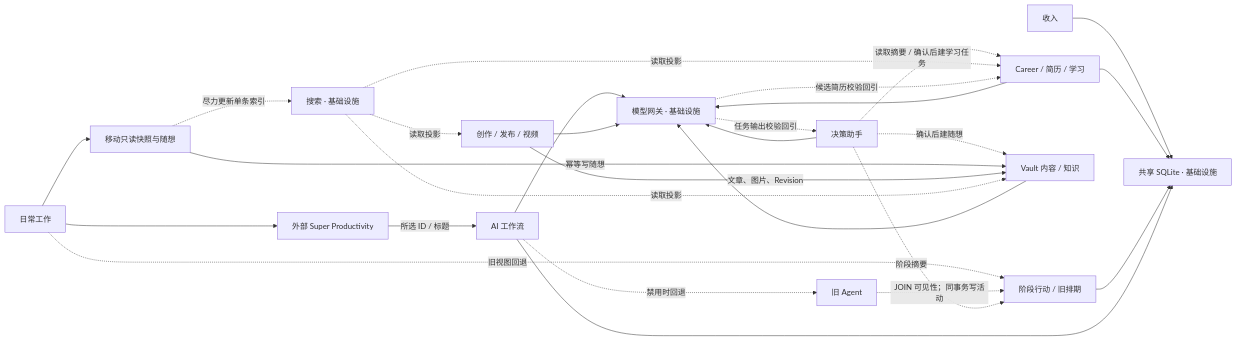
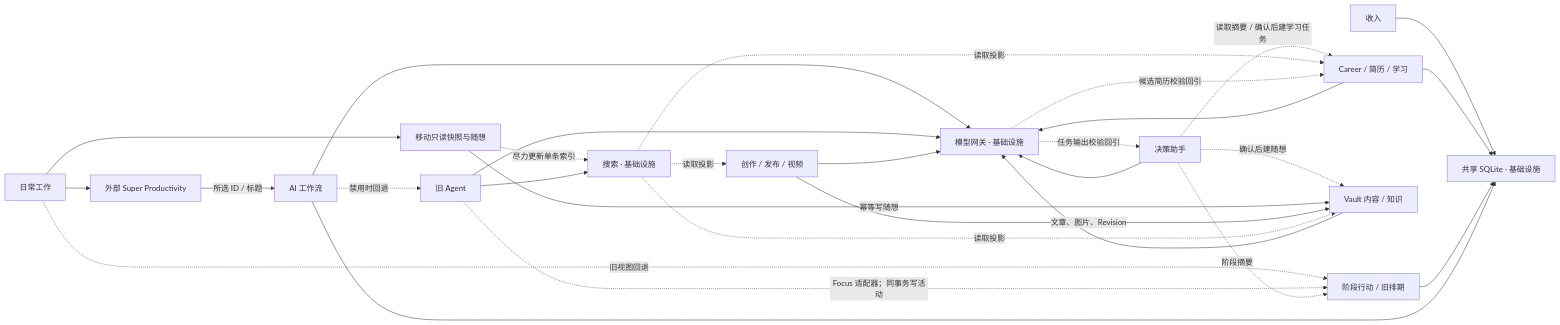
One commit to lemon-neko/personal-creative-workspace changed the second of 3 diagrams in docs/architecture/dependency-map.md. Above: the diagram before and after it, drawn with Mermaid. The commit also changed other lines of this file and 135 other files, not shown here.

````diff
--- a/docs/architecture/dependency-map.md
+++ b/docs/architecture/dependency-map.md
@@ -41,29 +44,31 @@
 ```mermaid
 flowchart LR
     Daily["日常工作"] --> SP["外部 Super Productivity"]
     Daily -. "旧视图回退" .-> Focus["阶段行动 / 旧排期"]
     Daily --> Mobile["移动只读快照与随想"]
     SP -->|"所选 ID / 标题"| Workflow["AI 工作流"]
     Workflow -. "禁用时回退" .-> Legacy["旧 Agent"]
-    Legacy -. "JOIN 可见性；同事务写活动" .-> Focus
+    Legacy -. "Focus 适配器；同事务写活动" .-> Focus
     Assistant["决策助手"] -. "读取摘要 / 确认后建学习任务" .-> Career["Career / 简历 / 学习"]
     Assistant -. "阶段摘要" .-> Focus
     Assistant -. "确认后建随想" .-> Vault["Vault 内容 / 知识"]
     Mobile -->|"幂等写随想"| Vault
     Create["创作 / 发布 / 视频"] -->|"文章、图片、Revision"| Vault
     Search["搜索 · 基础设施"] -. "读取投影" .-> Career
     Search -. "读取投影" .-> Vault
     Search -. "读取投影" .-> Create
     Mobile -. "尽力更新单条索引" .-> Search
     Workflow --> Gateway["模型网关 · 基础设施"]
+    Legacy --> Gateway
+    Legacy --> Search
     Assistant --> Gateway
     Career --> Gateway
     Vault --> Gateway
     Create --> Gateway
     Gateway -. "任务输出校验回引" .-> Assistant
     Gateway -. "候选简历校验回引" .-> Career
     Income["收入"] --> DB["共享 SQLite · 基础设施"]
     Career --> DB
     Focus --> DB
     Workflow --> DB
 ```
````
